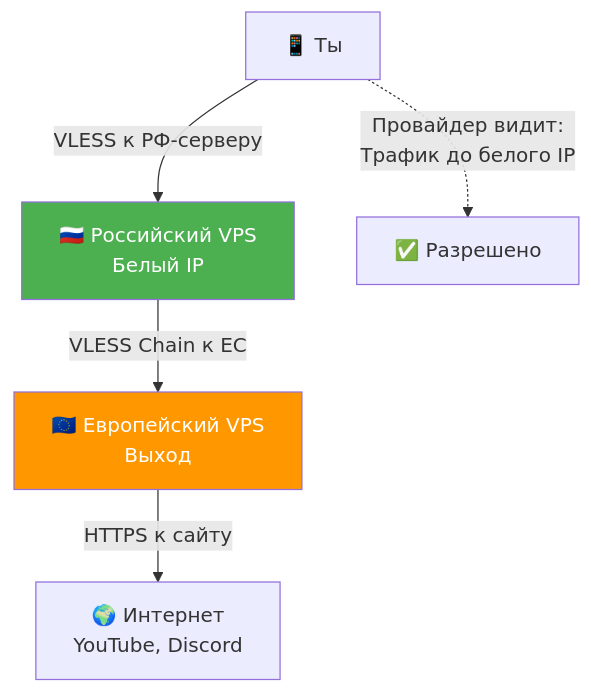
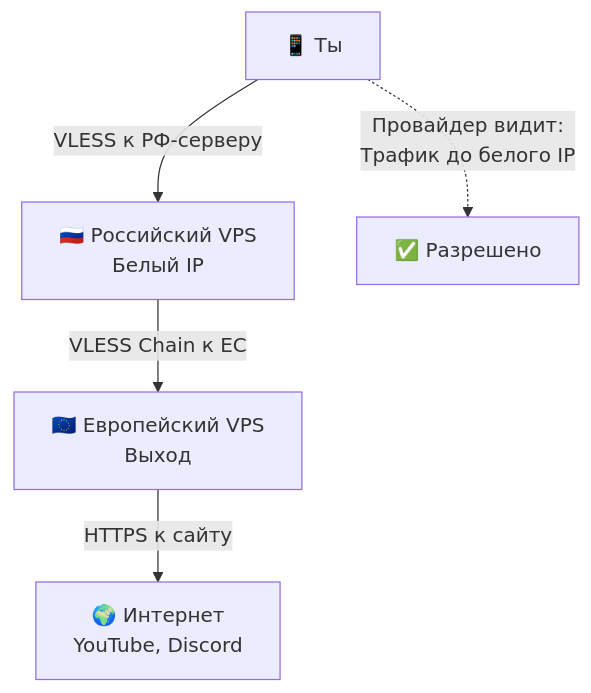
One commit to wersennyy/self-hosted-vpn-guide changed the diagram in guide/4.BC - bypass /BC - bypass - fast.ru.md. Above: the diagram before and after it, drawn with Mermaid.

Commit message:
Update BC - bypass - fast.ru.md

````diff
--- a/guide/4.BC - bypass /BC - bypass - fast.ru.md
+++ b/guide/4.BC - bypass /BC - bypass - fast.ru.md
@@ -5,11 +5,10 @@
 ```mermaid
 graph TD
     A[📱 Ты] -->|VLESS к РФ-серверу| B[🇷🇺 Российский VPS<br/>Белый IP]
     B -->|VLESS Chain к ЕС| C[🇪🇺 Европейский VPS<br/>Выход]
     C -->|HTTPS к сайту| D[🌍 Интернет<br/>YouTube, Discord]
     
     A -.->|Провайдер видит:<br/>Трафик до белого IP| E[✅ Разрешено]
     
-    style B fill:#4CAF50,color:#fff
-    style C fill:#FF9800,color:#fff
+
 ```
````
